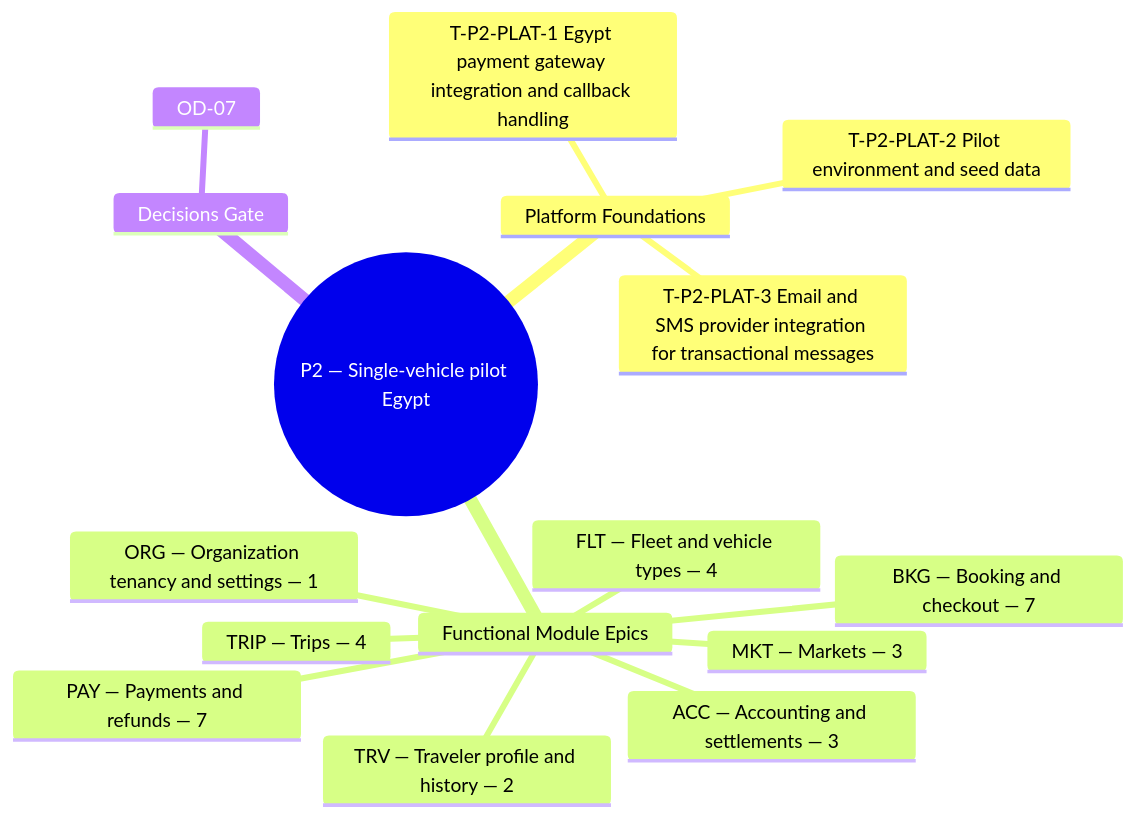
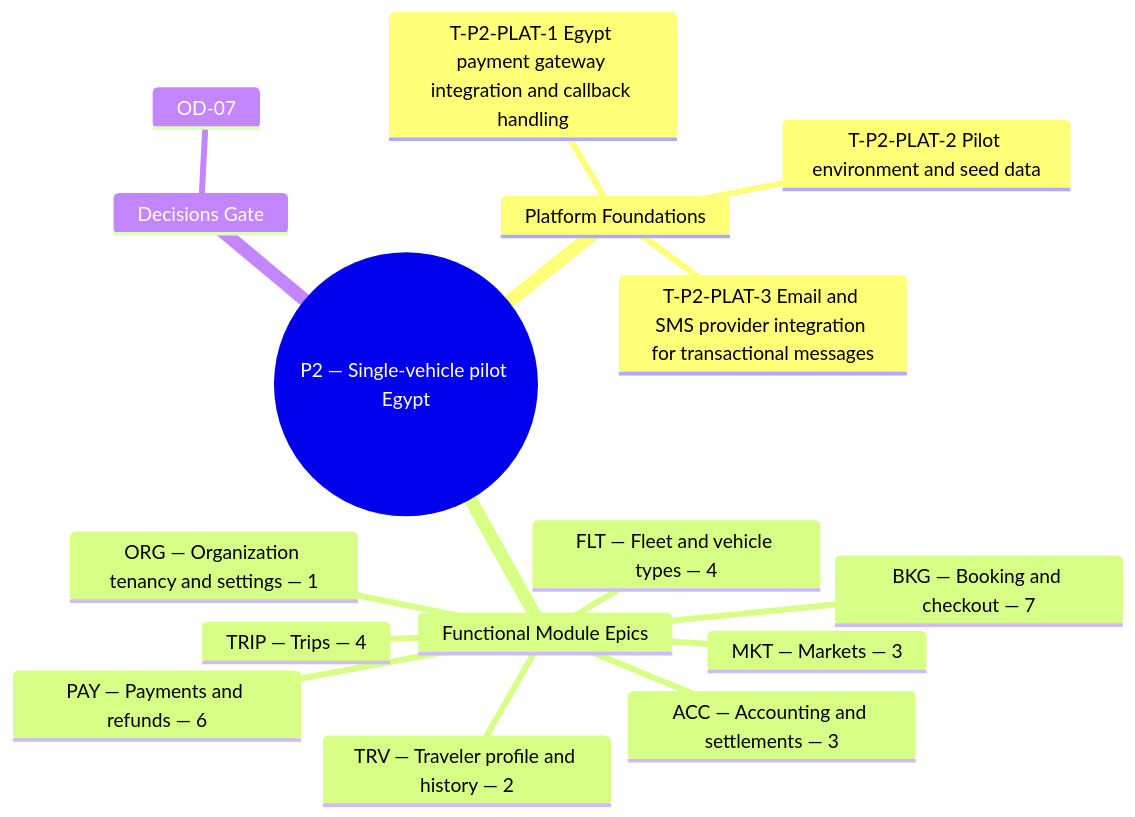
The diagram in content/docs/plan/p2.mdx (mohamedhabibwork/trips-enjoy-docs), drawn with Mermaid before and after one commit. The commit also changed other lines of this file and 117 other files, not shown here.

````diff
--- a/content/docs/plan/p2.mdx
+++ b/content/docs/plan/p2.mdx
@@ -17,19 +17,19 @@
 ```mermaid
 mindmap
   root(("P2 — Single-vehicle pilot Egypt"))
     Platform Foundations
       T-P2-PLAT-1 Egypt payment gateway integration and callback handling
       T-P2-PLAT-2 Pilot environment and seed data
       T-P2-PLAT-3 Email and SMS provider integration for transactional messages
     Functional Module Epics
       ORG — Organization tenancy and settings — 1
       TRIP — Trips — 4
       FLT — Fleet and vehicle types — 4
       BKG — Booking and checkout — 7
-      PAY — Payments and refunds — 7
+      PAY — Payments and refunds — 6
       ACC — Accounting and settlements — 3
       TRV — Traveler profile and history — 2
       MKT — Markets — 3
     Decisions Gate
       OD-07
 ```
````
